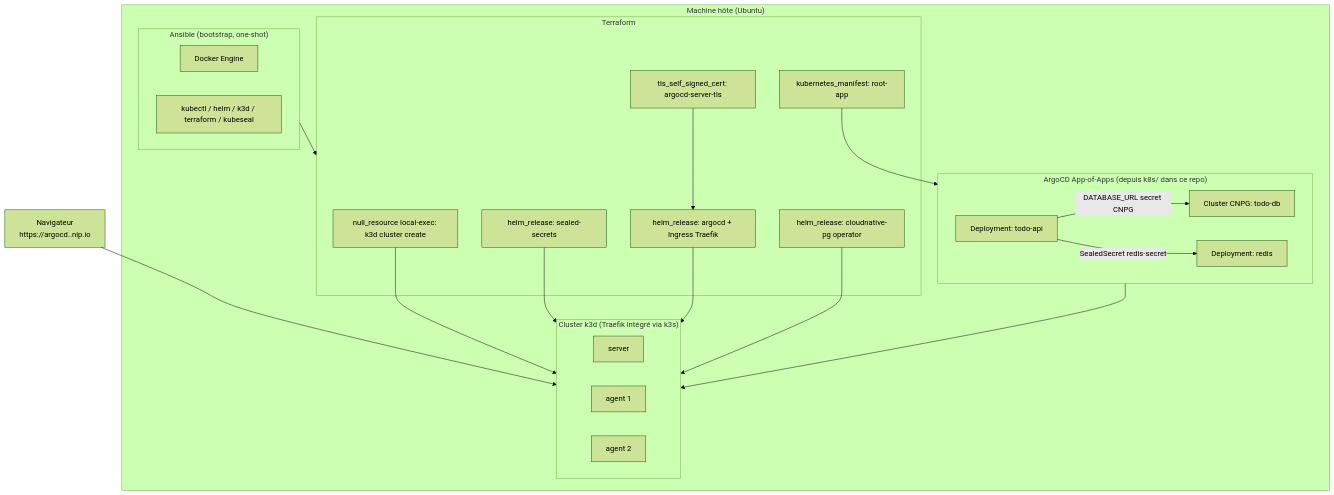
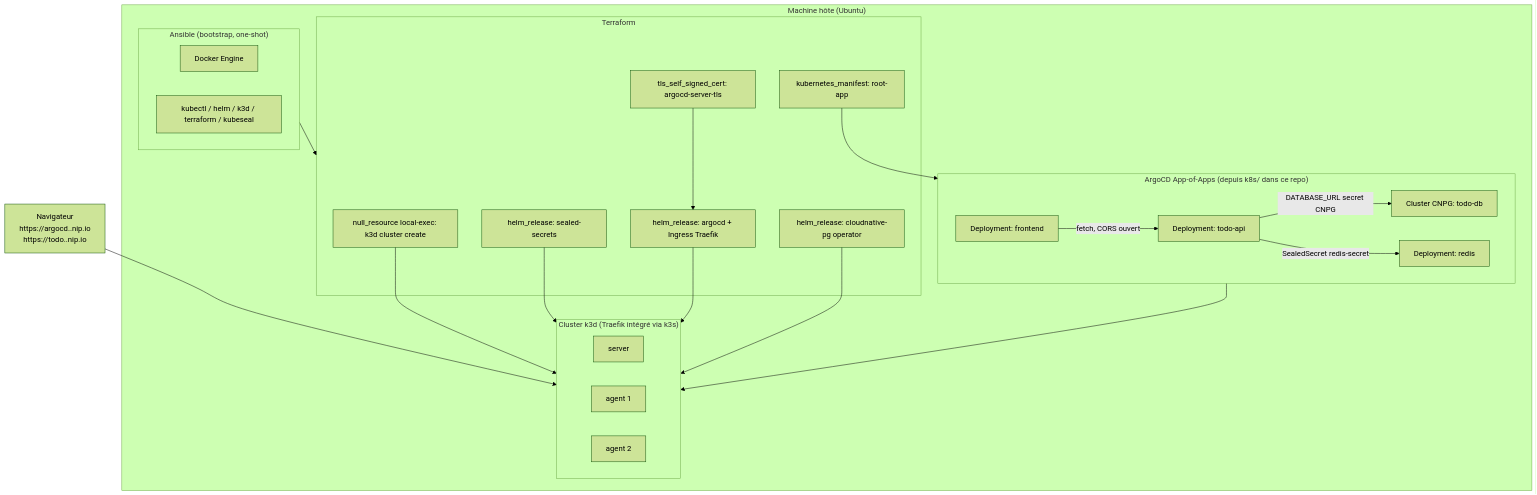
One commit to nblinpro/kubernetes_poc changed the diagram in README.md. Above: the diagram before and after it, drawn with Mermaid (forest theme). The commit also changed other lines of this file and 13 other files, not shown here.

Commit message:
Ajoute un frontend web pour la to-do list (CORS + Ingress dédié)

````diff
--- a/README.md
+++ b/README.md
@@ -9,45 +9,47 @@
 ```mermaid
 flowchart TB
     subgraph Host["Machine hôte (Ubuntu)"]
         subgraph Ansible["Ansible (bootstrap, one-shot)"]
             A1[Docker Engine]
             A2[kubectl / helm / k3d / terraform / kubeseal]
         end
 
         subgraph TF["Terraform"]
             T1[null_resource local-exec: k3d cluster create]
             T2[helm_release: sealed-secrets]
             T3[helm_release: argocd + Ingress Traefik]
             T4[tls_self_signed_cert: argocd-server-tls]
             T5[helm_release: cloudnative-pg operator]
             T6[kubernetes_manifest: root-app]
         end
 
         subgraph GitOps["ArgoCD App-of-Apps (depuis k8s/ dans ce repo)"]
             direction LR
             P[Cluster CNPG: todo-db]
             R[Deployment: redis]
             AP[Deployment: todo-api]
+            FE[Deployment: frontend]
         end
 
         subgraph K3D["Cluster k3d (Traefik intégré via k3s)"]
             direction LR
             S[server]
             W1[agent 1]
             W2[agent 2]
         end
     end
 
-    Browser["Navigateur\nhttps://argocd.<IP>.nip.io"] --> K3D
+    Browser["Navigateur\nhttps://argocd.<IP>.nip.io\nhttps://todo.<IP>.nip.io"] --> K3D
+    FE -->|fetch, CORS ouvert| AP
     AP -->|DATABASE_URL secret CNPG| P
     AP -->|SealedSecret redis-secret| R
 
     Ansible --> TF
     T1 --> K3D
     T2 --> K3D
     T3 --> K3D
     T4 --> T3
     T5 --> K3D
     T6 --> GitOps
     GitOps --> K3D
 ```
````
